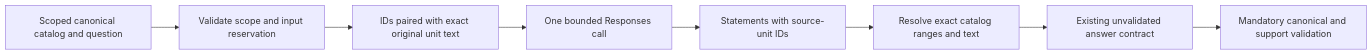
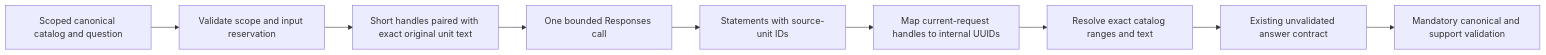
Before and after one commit to rnkraus/investment-research: the third of 3 diagrams in backend/src/investment_research/infrastructure/generation/README.md, drawn with Mermaid. The commit also changed other lines of this file and 3 other files, not shown here.

First line of the commit message:
docs(research): document short source handles and verification

````diff
--- a/backend/src/investment_research/infrastructure/generation/README.md
+++ b/backend/src/investment_research/infrastructure/generation/README.md
@@ -112,10 +116,11 @@
 ```mermaid
 flowchart LR
     INPUT[Scoped canonical catalog and question] --> PREFLIGHT[Validate scope and input reservation]
-    PREFLIGHT --> INPUT_V2[IDs paired with exact original unit text]
-    INPUT_V2 --> MODEL[One bounded Responses call]
+    PREFLIGHT --> INPUT_V3[Short handles paired with exact original unit text]
+    INPUT_V3 --> MODEL[One bounded Responses call]
     MODEL --> IDS[Statements with source-unit IDs]
-    IDS --> RESOLVE[Resolve exact catalog ranges and text]
+    IDS --> MAP[Map current-request handles to internal UUIDs]
+    MAP --> RESOLVE[Resolve exact catalog ranges and text]
     RESOLVE --> PROPOSAL[Existing unvalidated answer contract]
     PROPOSAL --> VALIDATE[Mandatory canonical and support validation]
 ```
````
